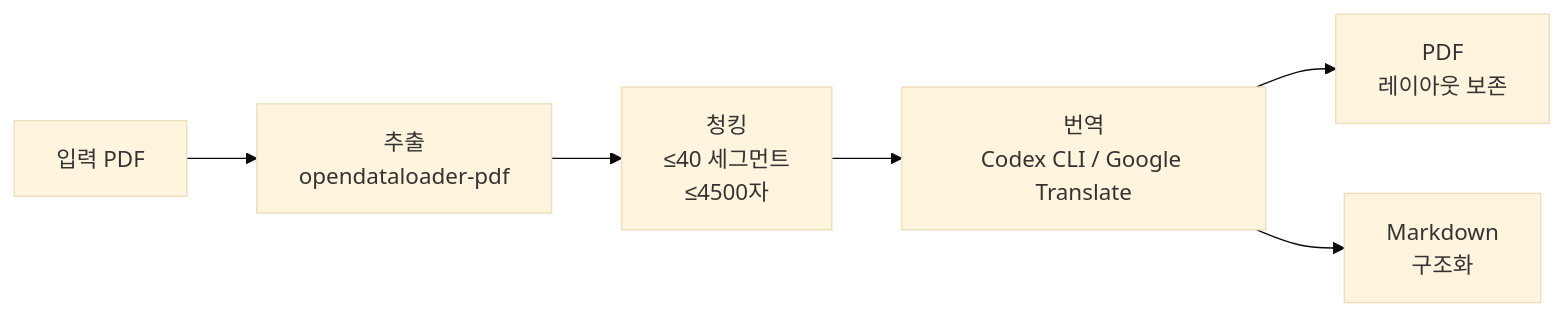
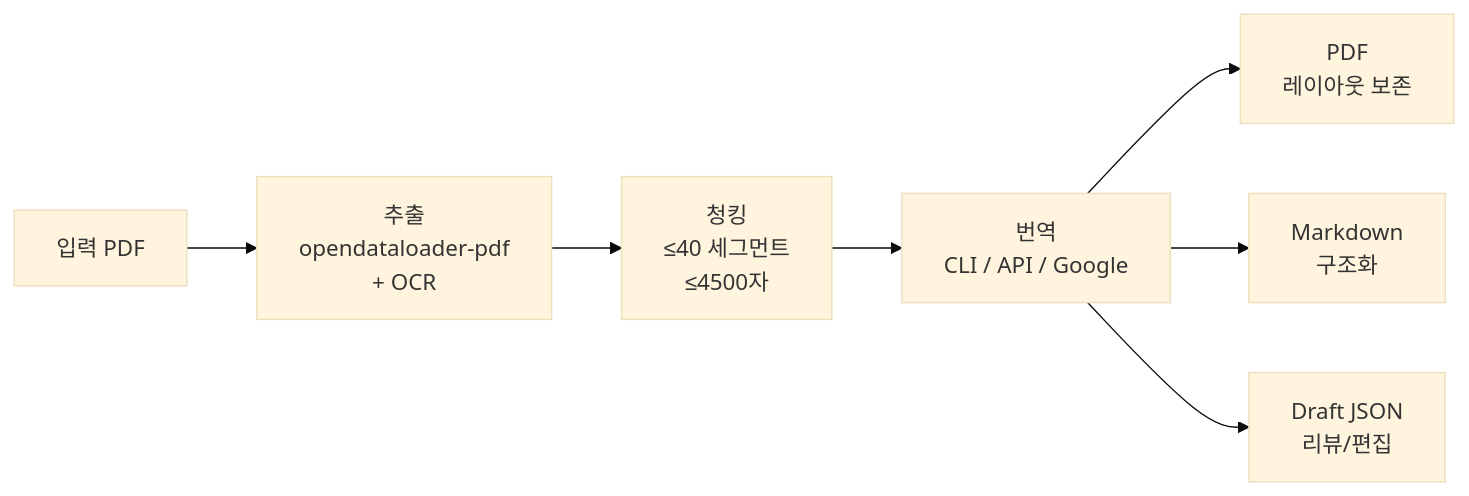
The diagram in README.md (babyworm/pdf-translator), drawn with Mermaid (base theme) before and after one commit. The commit also changed other lines of this file, not shown here.

````diff
--- a/README.md
+++ b/README.md
@@ -7,8 +7,9 @@
 ```mermaid
 flowchart LR
-    A[입력 PDF] --> B[추출\nopendataloader-pdf]
+    A[입력 PDF] --> B[추출\nopendataloader-pdf\n+ OCR]
     B --> C[청킹\n≤40 세그먼트\n≤4500자]
-    C --> D[번역\nCodex CLI / Google Translate]
+    C --> D[번역\nCLI / API / Google]
     D --> E1[PDF\n레이아웃 보존]
     D --> E2[Markdown\n구조화]
+    D --> E3[Draft JSON\n리뷰/편집]
 ```
````
